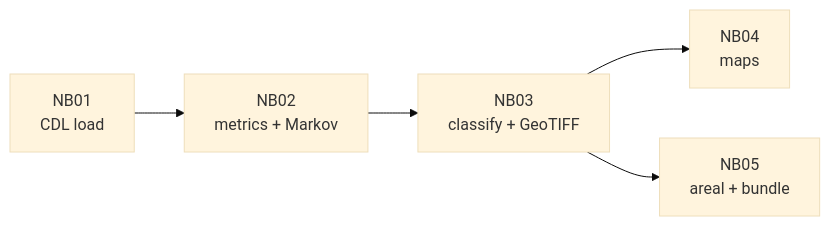
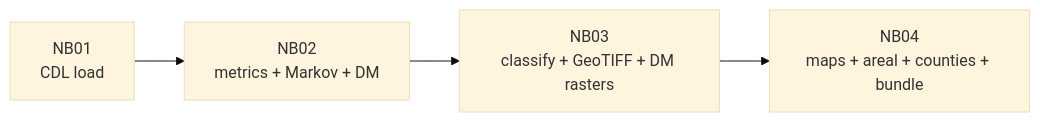
One commit to SatrunsDream/GeoCrop-Spatiotemporal-Modeling changed the diagram in context/TASK2_RESULTS.md. Above: the diagram before and after it, drawn with Mermaid (base theme). The commit also changed other lines of this file and 25 other files, not shown here.

````diff
--- a/context/TASK2_RESULTS.md
+++ b/context/TASK2_RESULTS.md
@@ -232,7 +261,6 @@
 ```mermaid
 flowchart LR
-  NB01["NB01\nCDL load"] --> NB02["NB02\nmetrics + Markov"]
-  NB02 --> NB03["NB03\nclassify + GeoTIFF"]
-  NB03 --> NB04["NB04\nmaps"]
-  NB03 --> NB05["NB05\nareal + bundle"]
+  NB01["NB01\nCDL load"] --> NB02["NB02\nmetrics + Markov + DM"]
+  NB02 --> NB03["NB03\nclassify + GeoTIFF + DM rasters"]
+  NB03 --> NB04["NB04\nmaps + areal + counties + bundle"]
 ```
````
